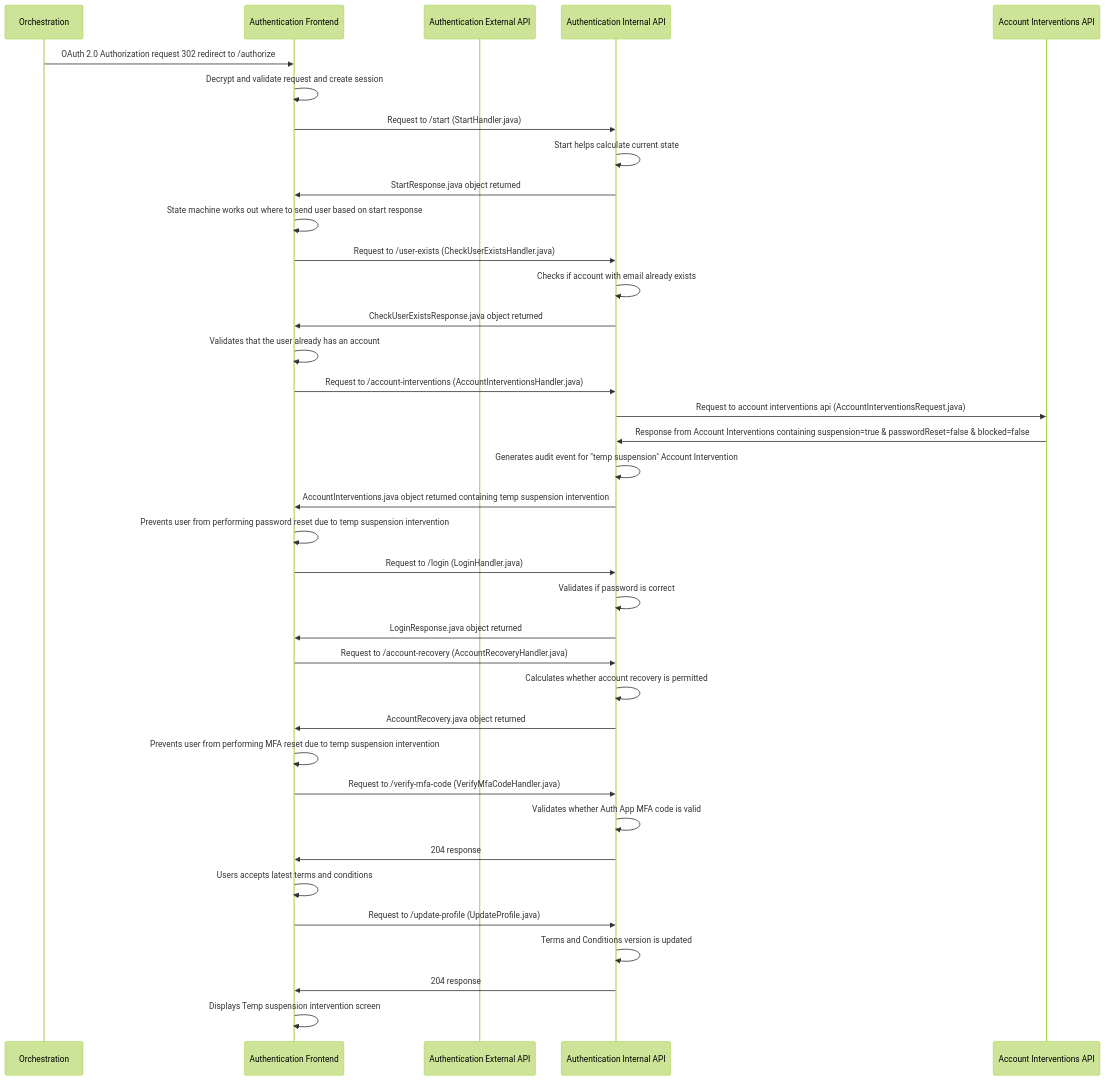
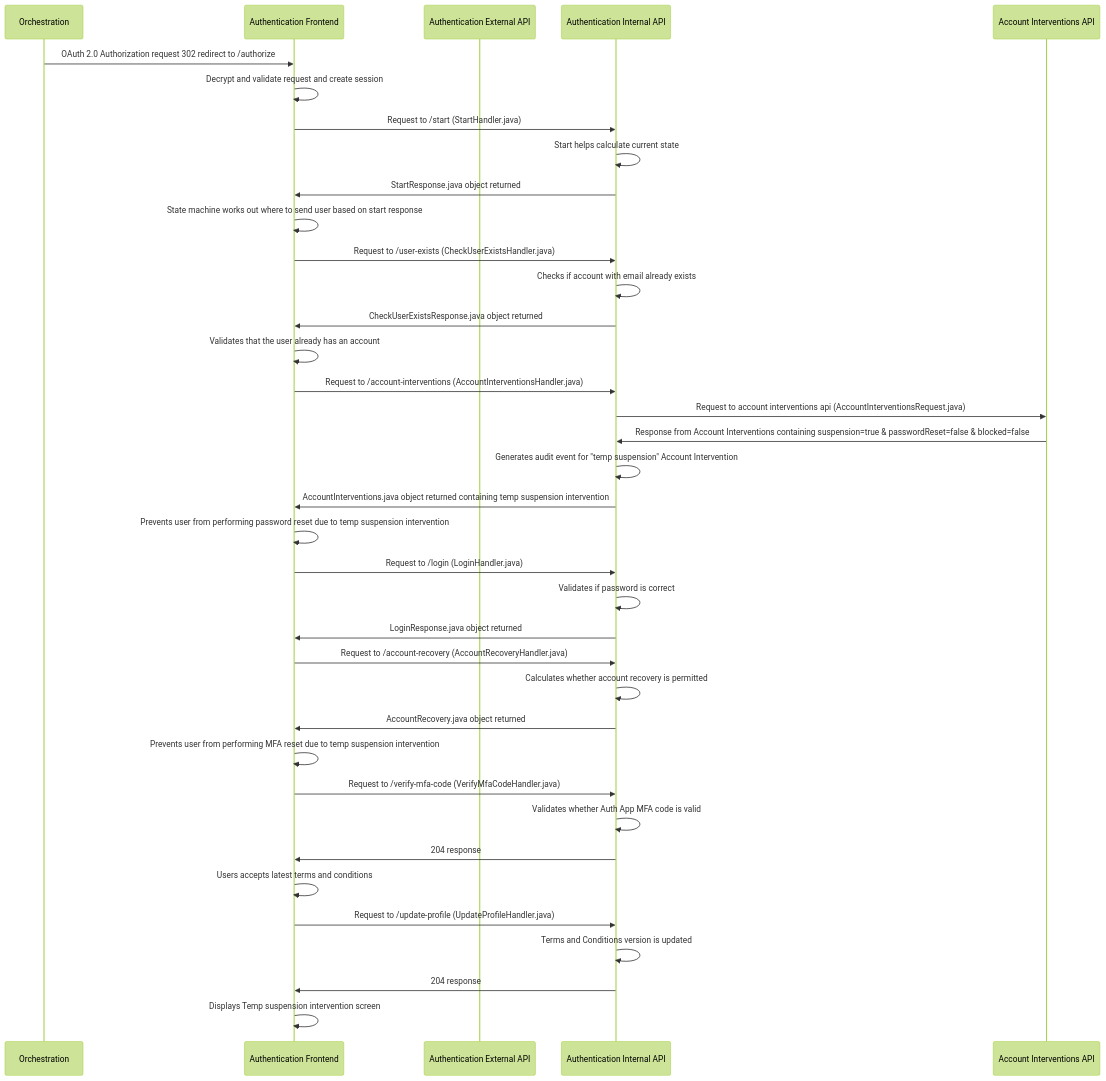
Before and after one commit to govuk-one-login/authentication-api: the diagram in docs/diagrams/authentication/login/account-interventions/medium-terms-and-conditions-auth-app/login-terms-medium-level-auth-app-temp-suspension-intervention.mmd, drawn with Mermaid (forest theme). The commit also changed 11 other files, not shown here.

Commit message:
BAU: Fix UpdateProfile.java → UpdateProfileHandler.java in T&C diagram annotations

```diff
--- a/docs/diagrams/authentication/login/account-interventions/medium-terms-and-conditions-auth-app/login-terms-medium-level-auth-app-temp-suspension-intervention.mmd
+++ b/docs/diagrams/authentication/login/account-interventions/medium-terms-and-conditions-auth-app/login-terms-medium-level-auth-app-temp-suspension-intervention.mmd
@@ -1,37 +1,37 @@
 sequenceDiagram
     participant orch_api as Orchestration
     participant auth_frontend as Authentication Frontend
     participant auth_external_api as Authentication External API
     participant auth_internal_api as Authentication Internal API 
     participant account_interventions as Account Interventions API   
     orch_api ->> auth_frontend : OAuth 2.0 Authorization request 302 redirect to /authorize
     auth_frontend ->> auth_frontend : Decrypt and validate request and create session    
     auth_frontend ->> auth_internal_api : Request to /start (StartHandler.java)
     auth_internal_api ->> auth_internal_api : Start helps calculate current state
     auth_internal_api ->> auth_frontend : StartResponse.java object returned
     auth_frontend ->> auth_frontend : State machine works out where to send user based on start response
     auth_frontend ->> auth_internal_api : Request to /user-exists (CheckUserExistsHandler.java)
     auth_internal_api ->> auth_internal_api : Checks if account with email already exists
     auth_internal_api ->> auth_frontend: CheckUserExistsResponse.java object returned
     auth_frontend ->> auth_frontend: Validates that the user already has an account
     auth_frontend ->> auth_internal_api : Request to /account-interventions (AccountInterventionsHandler.java)
     auth_internal_api ->> account_interventions : Request to account interventions api (AccountInterventionsRequest.java)
     account_interventions ->> auth_internal_api : Response from Account Interventions containing suspension=true & passwordReset=false & blocked=false
     auth_internal_api ->> auth_internal_api : Generates audit event for "temp suspension" Account Intervention
     auth_internal_api ->> auth_frontend: AccountInterventions.java object returned containing temp suspension intervention
     auth_frontend ->> auth_frontend: Prevents user from performing password reset due to temp suspension intervention
     auth_frontend ->> auth_internal_api : Request to /login (LoginHandler.java)
     auth_internal_api ->> auth_internal_api : Validates if password is correct
     auth_internal_api ->> auth_frontend: LoginResponse.java object returned
     auth_frontend ->> auth_internal_api : Request to /account-recovery (AccountRecoveryHandler.java)
     auth_internal_api ->> auth_internal_api : Calculates whether account recovery is permitted
     auth_internal_api ->> auth_frontend: AccountRecovery.java object returned
     auth_frontend ->> auth_frontend: Prevents user from performing MFA reset due to temp suspension intervention
     auth_frontend ->> auth_internal_api : Request to /verify-mfa-code (VerifyMfaCodeHandler.java)
     auth_internal_api ->> auth_internal_api : Validates whether Auth App MFA code is valid
     auth_internal_api ->> auth_frontend: 204 response
     auth_frontend ->> auth_frontend: Users accepts latest terms and conditions
-    auth_frontend ->> auth_internal_api : Request to /update-profile (UpdateProfile.java)
+    auth_frontend ->> auth_internal_api : Request to /update-profile (UpdateProfileHandler.java)
     auth_internal_api ->> auth_internal_api : Terms and Conditions version is updated
     auth_internal_api ->> auth_frontend: 204 response 
     auth_frontend ->> auth_frontend : Displays Temp suspension intervention screen
```
